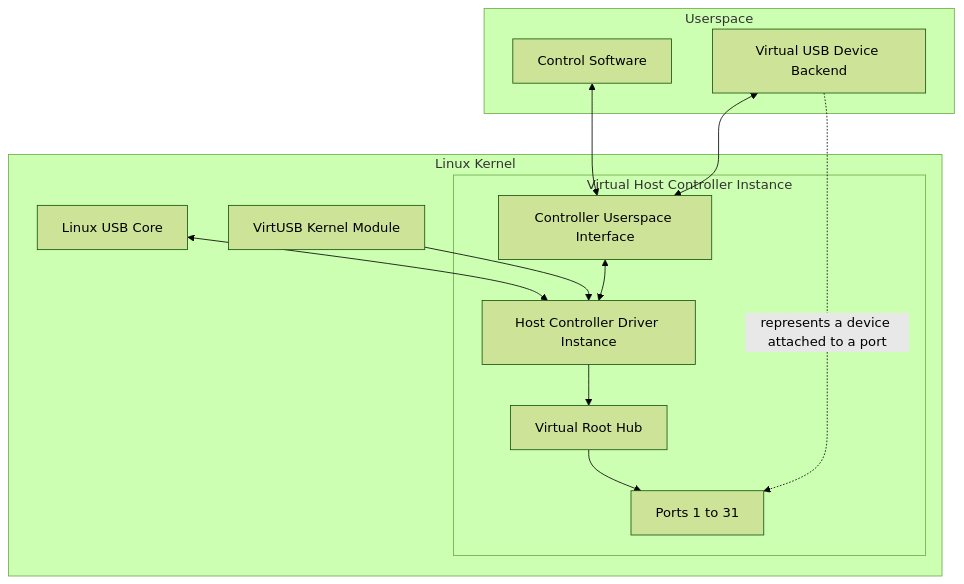
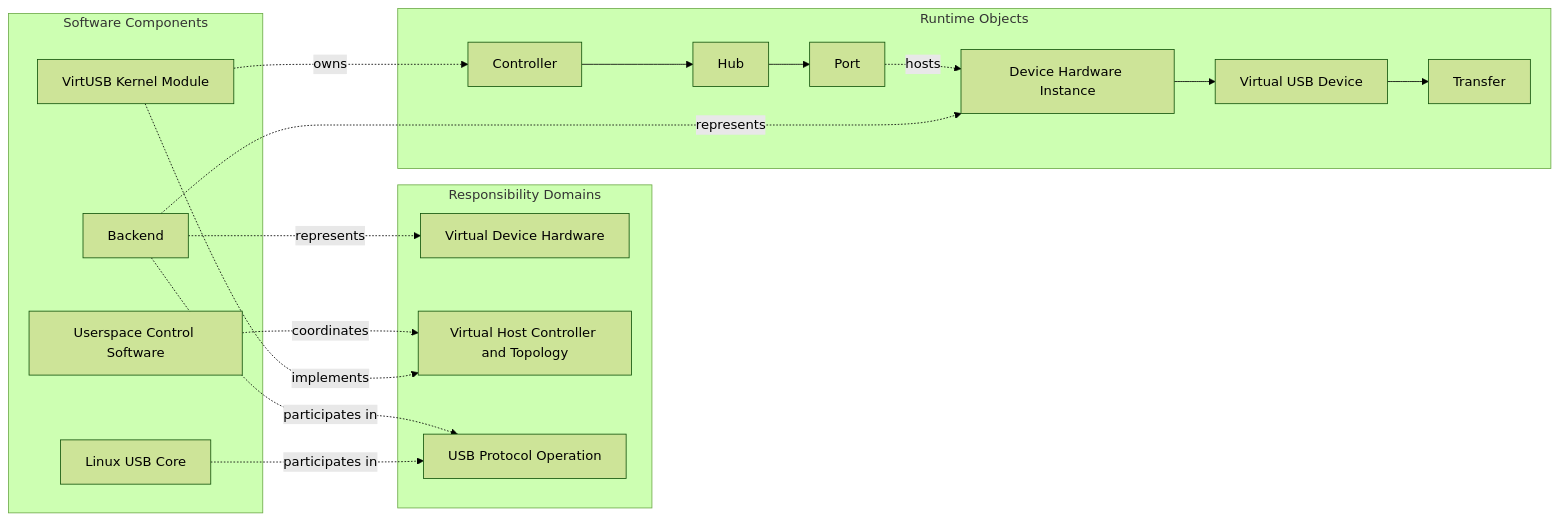
One commit to RomanBuchert/VirtUSB changed the ninth of 44 diagrams in doc/architecture/high-level-architecture.md. Above: the diagram before and after it, drawn with Mermaid (forest theme). The commit also changed other lines of this file and 6 other files, not shown here.

First line of the commit message:
docs: refine architecture and requirements documentation (WIP)

````diff
--- a/doc/architecture/high-level-architecture.md
+++ b/doc/architecture/high-level-architecture.md
@@ -356,30 +690,38 @@
 ```mermaid
-flowchart TB
-
-   subgraph kernel["Linux Kernel"]
-      usb_core["Linux USB Core"]
-      virtusb_module["VirtUSB Kernel Module"]
-
-      subgraph controller_instance["Virtual Host Controller Instance"]
-         hcd_instance["Host Controller Driver Instance"]
-         root_hub["Virtual Root Hub"]
-         ports["Ports 1 to 31"]
-         interface["Controller Userspace Interface"]
-      end
-
-      usb_core <--> hcd_instance
-      virtusb_module --> hcd_instance
-      hcd_instance --> root_hub
-      root_hub --> ports
-      interface <--> hcd_instance
+flowchart LR
+   subgraph software["Software Components"]
+      linux["Linux USB Core"]
+      kernel["VirtUSB Kernel Module"]
+      userspace["Userspace Control Software"]
+      backend["Backend"]
    end
 
-   subgraph userspace["Userspace"]
-      control_role["Control Software"]
-      backend_role["Virtual USB Device Backend"]
+   subgraph domains["Responsibility Domains"]
+      hardware_domain["Virtual Device Hardware"]
+      topology_domain["Virtual Host Controller and Topology"]
+      protocol_domain["USB Protocol Operation"]
    end
 
-   control_role <--> interface
-   backend_role <--> interface
-   backend_role -. "represents a device attached to a port" .-> ports
+   subgraph runtime["Runtime Objects"]
+      controller["Controller"]
+      hub["Hub"]
+      port["Port"]
+      device_hw["Device Hardware Instance"]
+      device["Virtual USB Device"]
+      transfer["Transfer"]
+   end
+
+   backend -. "represents" .-> hardware_domain
+   kernel -. "implements" .-> topology_domain
+   linux -. "participates in" .-> protocol_domain
+   userspace -. "coordinates" .-> topology_domain
+   backend -. "participates in" .-> protocol_domain
+
+   kernel -. "owns" .-> controller
+   controller --> hub
+   hub --> port
+   backend -. "represents" .-> device_hw
+   port -. "hosts" .-> device_hw
+   device_hw --> device
+   device --> transfer
 ```
````
